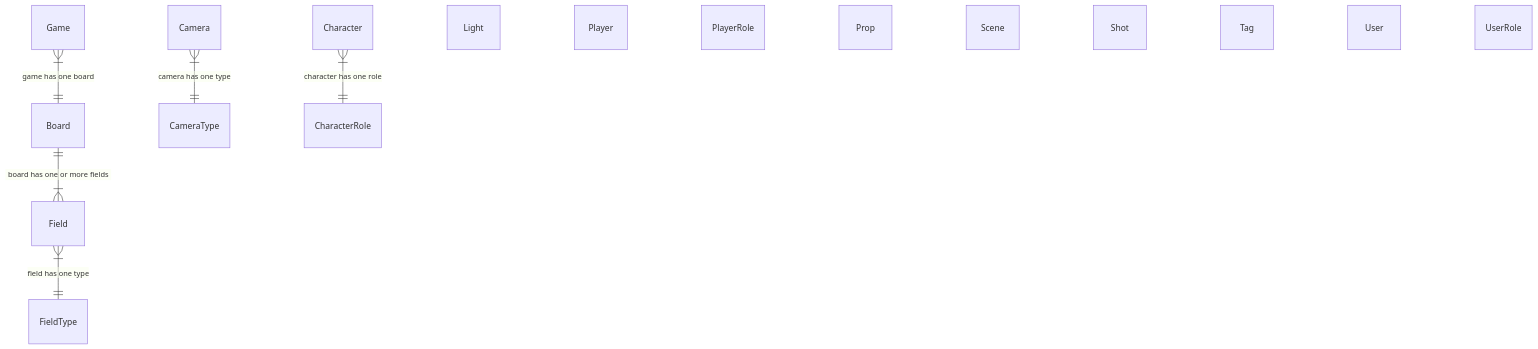
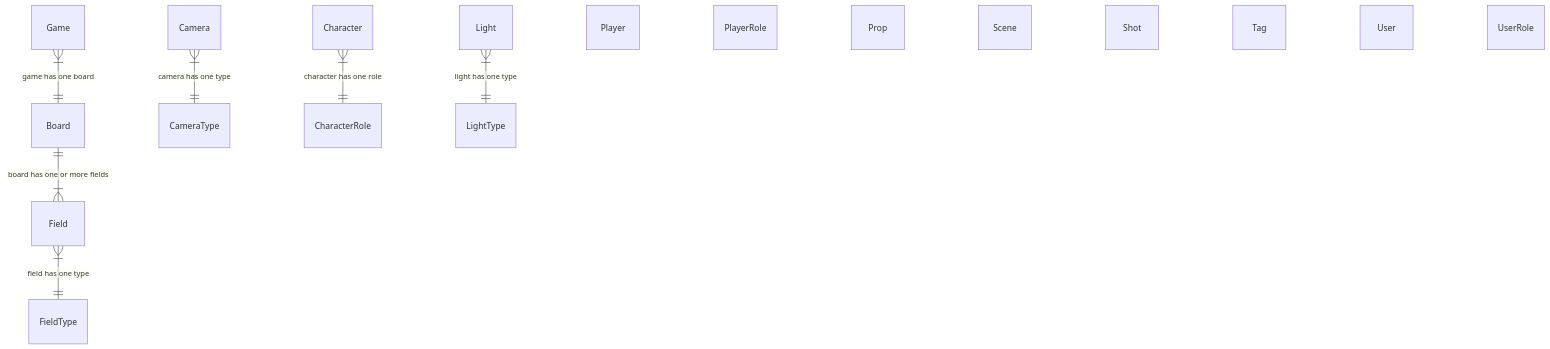
Before and after one commit to vanHeemstraSystems/flask-babylonjs: the diagram in 300/900/README.md, drawn with Mermaid.

````diff
--- a/300/900/README.md
+++ b/300/900/README.md
@@ -3,21 +3,22 @@
 ``` mermaid
 erDiagram
     Board ||--|{ Field : "board has one or more fields"
     Camera }|--|| CameraType : "camera has one type"
     CameraType
     Character }|--|| CharacterRole : "character has one role"
     CharacterRole
     Field }|--|| FieldType : "field has one type"
     Field
     FieldType
     Game }|--|| Board : "game has one board"
-    Light
+    Light }|--|| LightType : "light has one type"
+    LightType
     Player
     PlayerRole
     Prop
     Scene
     Shot
     Tag
     User
     UserRole
 ```
````
